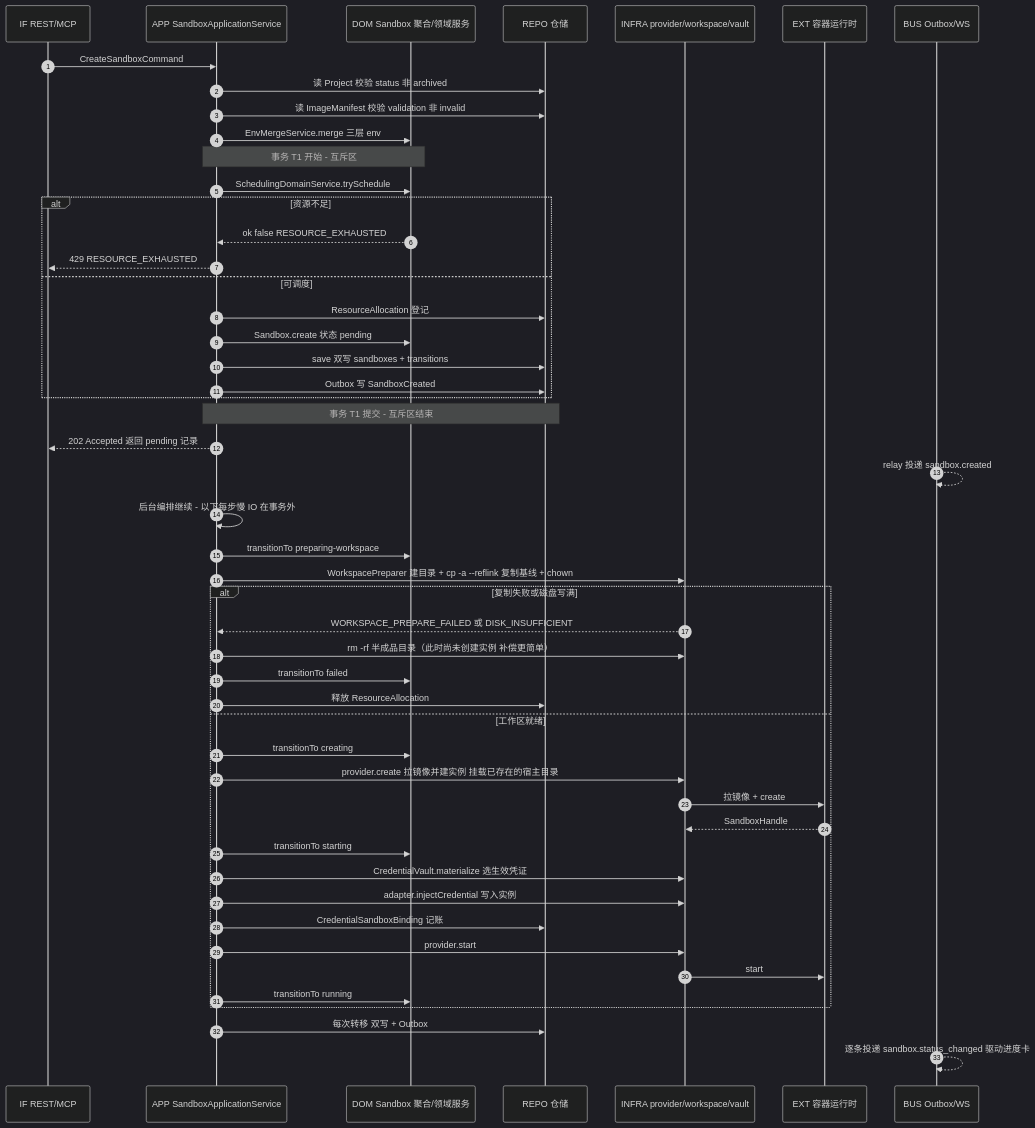
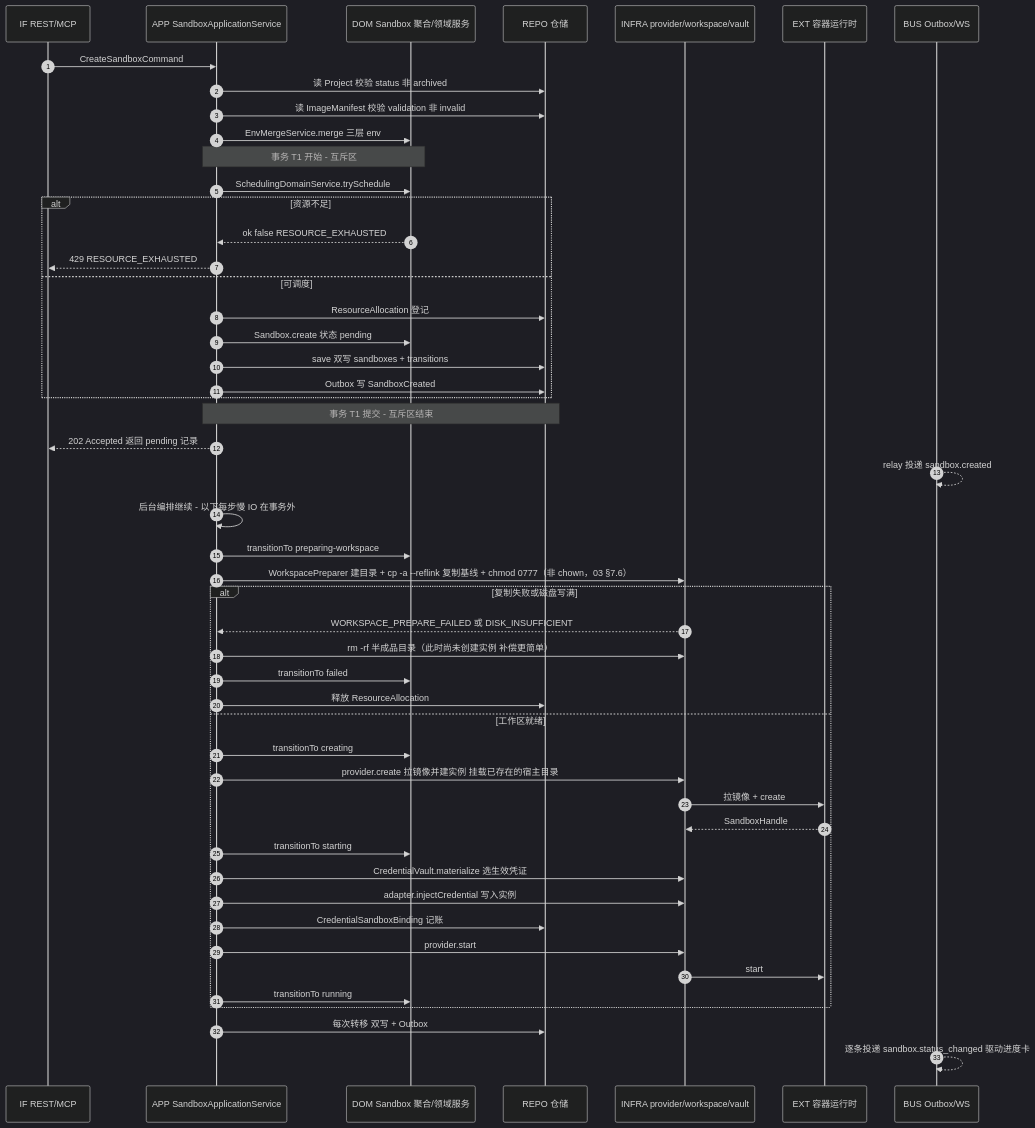
Before and after one commit to Xeonice/cloud-agent-platform-docs: the first of 8 diagrams in docs/backend/24-产品子链路后端设计.md, drawn with Mermaid (dark theme). The commit also changed 7 other files, not shown here.

````diff
--- a/docs/backend/24-产品子链路后端设计.md
+++ b/docs/backend/24-产品子链路后端设计.md
@@ -44,54 +44,54 @@
 ```mermaid
 sequenceDiagram
     autonumber
     participant IF as IF REST/MCP
     participant APP as APP SandboxApplicationService
     participant DOM as DOM Sandbox 聚合/领域服务
     participant REPO as REPO 仓储
     participant INFRA as INFRA provider/workspace/vault
     participant EXT as EXT 容器运行时
     participant BUS as BUS Outbox/WS
 
     IF->>APP: CreateSandboxCommand
     APP->>REPO: 读 Project 校验 status 非 archived
     APP->>REPO: 读 ImageManifest 校验 validation 非 invalid
     APP->>DOM: EnvMergeService.merge 三层 env
     Note over APP,DOM: 事务 T1 开始 - 互斥区
     APP->>DOM: SchedulingDomainService.trySchedule
     alt 资源不足
         DOM-->>APP: ok false RESOURCE_EXHAUSTED
         APP-->>IF: 429 RESOURCE_EXHAUSTED
     else 可调度
         APP->>REPO: ResourceAllocation 登记
         APP->>DOM: Sandbox.create 状态 pending
         APP->>REPO: save 双写 sandboxes + transitions
         APP->>REPO: Outbox 写 SandboxCreated
     end
     Note over APP,REPO: 事务 T1 提交 - 互斥区结束
     APP-->>IF: 202 Accepted 返回 pending 记录
     BUS-->>BUS: relay 投递 sandbox.created
 
     APP->>APP: 后台编排继续 - 以下每步慢 IO 在事务外
     APP->>DOM: transitionTo preparing-workspace
-    APP->>INFRA: WorkspacePreparer 建目录 + cp -a --reflink 复制基线 + chown
+    APP->>INFRA: WorkspacePreparer 建目录 + cp -a --reflink 复制基线 + chmod 0777（非 chown，03 §7.6）
     alt 复制失败或磁盘写满
         INFRA-->>APP: WORKSPACE_PREPARE_FAILED 或 DISK_INSUFFICIENT
         APP->>INFRA: rm -rf 半成品目录（此时尚未创建实例 补偿更简单）
         APP->>DOM: transitionTo failed
         APP->>REPO: 释放 ResourceAllocation
     else 工作区就绪
         APP->>DOM: transitionTo creating
         APP->>INFRA: provider.create 拉镜像并建实例 挂载已存在的宿主目录
         INFRA->>EXT: 拉镜像 + create
         EXT-->>INFRA: SandboxHandle
         APP->>DOM: transitionTo starting
         APP->>INFRA: CredentialVault.materialize 选生效凭证
         APP->>INFRA: adapter.injectCredential 写入实例
         APP->>REPO: CredentialSandboxBinding 记账
         APP->>INFRA: provider.start
         INFRA->>EXT: start
         APP->>DOM: transitionTo running
     end
     APP->>REPO: 每次转移 双写 + Outbox
     BUS-->>BUS: 逐条投递 sandbox.status_changed 驱动进度卡
 ```
````
